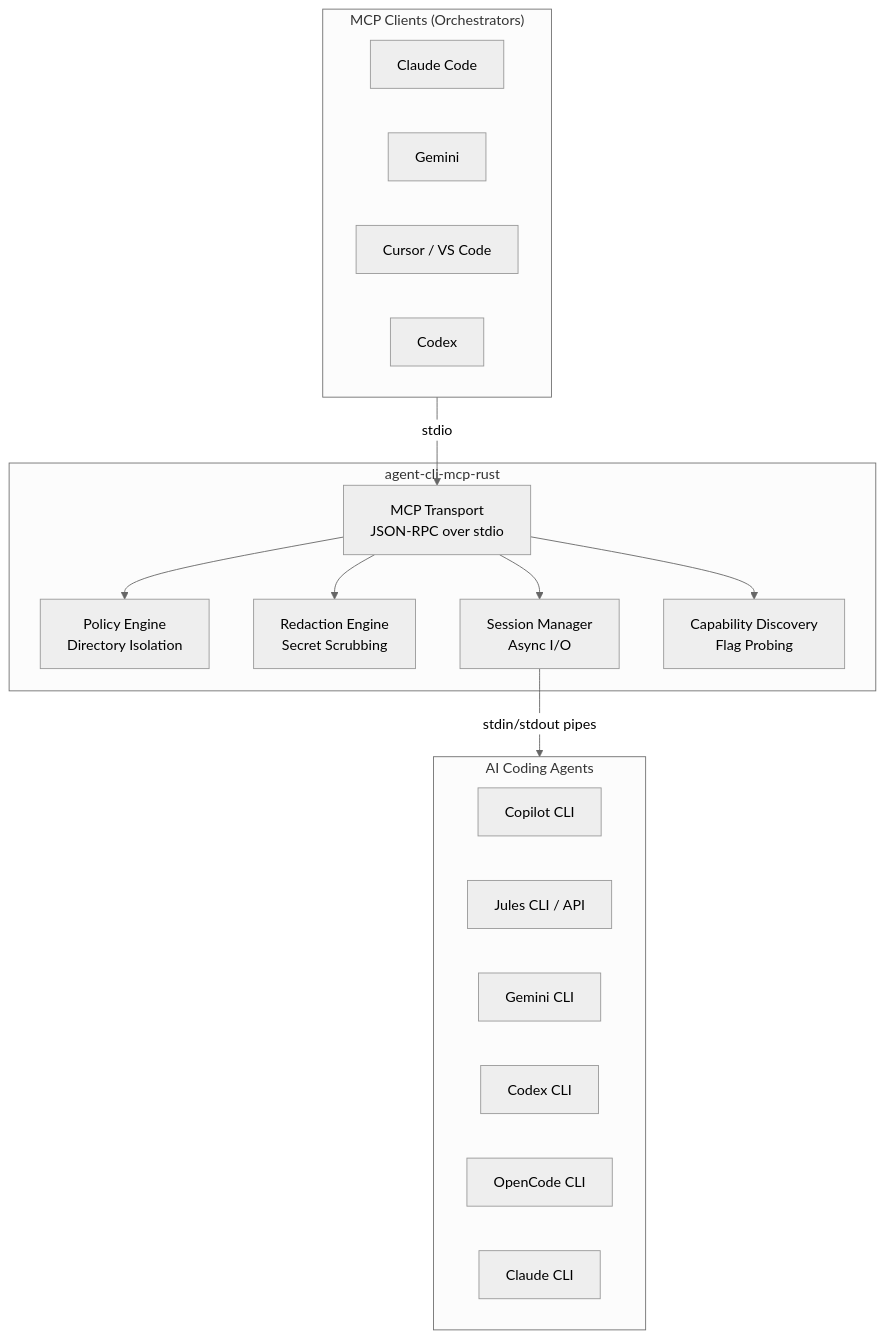
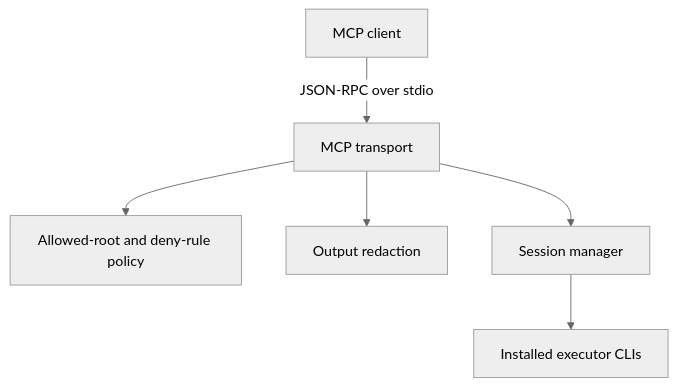
One commit to pappdavid/agent-cli-mcp-rust changed the diagram in README.md. Above: the diagram before and after it, drawn with Mermaid (neutral theme). The commit also changed other lines of this file and 1 other file, not shown here.

````diff
--- a/README.md
+++ b/README.md
@@ -41,33 +31,8 @@
 ```mermaid
 graph TD
-    subgraph Orchestrators["MCP Clients (Orchestrators)"]
-        CC[Claude Code]
-        GEM[Gemini]
-        CUR[Cursor / VS Code]
-        COD[Codex]
-    end
-
-    subgraph Server["agent-cli-mcp-rust"]
-        MCP[MCP Transport\nJSON-RPC over stdio]
-        POL[Policy Engine\nDirectory Isolation]
-        RED[Redaction Engine\nSecret Scrubbing]
-        SES[Session Manager\nAsync I/O]
-        CAP[Capability Discovery\nFlag Probing]
-    end
-
-    subgraph Executors["AI Coding Agents"]
-        COP[Copilot CLI]
-        JUL[Jules CLI / API]
-        GEMI[Gemini CLI]
-        CODEX[Codex CLI]
-        OC[OpenCode CLI]
-        CLA[Claude CLI]
-    end
-
-    Orchestrators -->|stdio| MCP
-    MCP --> POL
-    MCP --> RED
-    MCP --> SES
-    MCP --> CAP
-    SES -->|stdin/stdout pipes| Executors
+    Client[MCP client] -->|JSON-RPC over stdio| MCP[MCP transport]
+    MCP --> POL[Allowed-root and deny-rule policy]
+    MCP --> RED[Output redaction]
+    MCP --> SES[Session manager]
+    SES --> EX[Installed executor CLIs]
 ```
````
